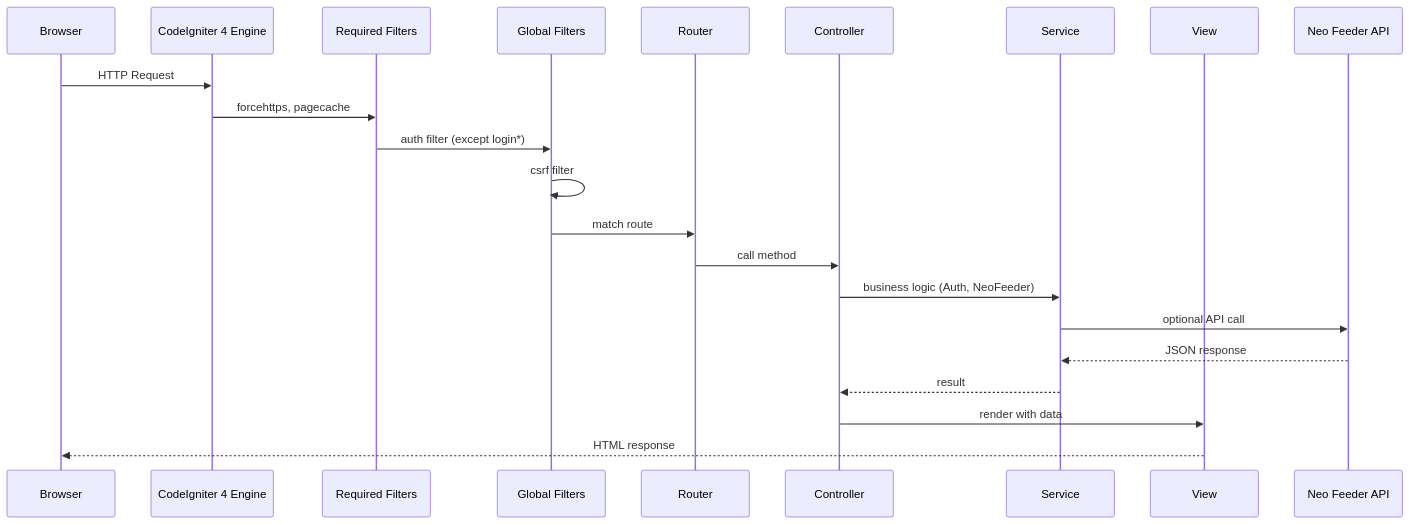
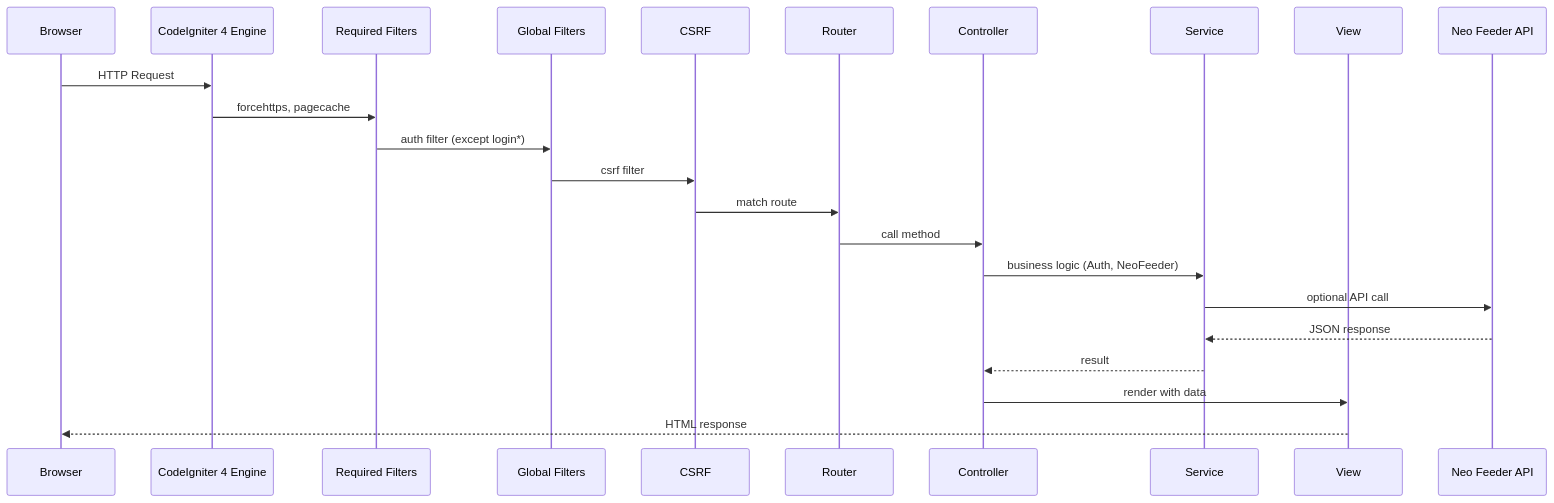
Before and after one commit to ffooll-bit/BASE: the first of 2 diagrams in ARCHITECTURE.md, drawn with Mermaid. The commit also changed other lines of this file and 20 other files, not shown here.

````diff
--- a/ARCHITECTURE.md
+++ b/ARCHITECTURE.md
@@ -27,25 +29,26 @@
 ```mermaid
 sequenceDiagram
     participant Browser
     participant CI4 as CodeIgniter 4 Engine
     participant ReqFilters as Required Filters
     participant GlobFilters as Global Filters
+    participant CSRF
     participant Router
     participant Controller
     participant Service
     participant View
     participant NeoFeeder as Neo Feeder API
 
     Browser->>CI4: HTTP Request
     CI4->>ReqFilters: forcehttps, pagecache
     ReqFilters->>GlobFilters: auth filter (except login*)
-    GlobFilters->>GlobFilters: csrf filter
-    GlobFilters->>Router: match route
+    GlobFilters->>CSRF: csrf filter
+    CSRF->>Router: match route
     Router->>Controller: call method
     Controller->>Service: business logic (Auth, NeoFeeder)
     Service->>NeoFeeder: optional API call
     NeoFeeder-->>Service: JSON response
     Service-->>Controller: result
     Controller->>View: render with data
     View-->>Browser: HTML response
 ```
````
